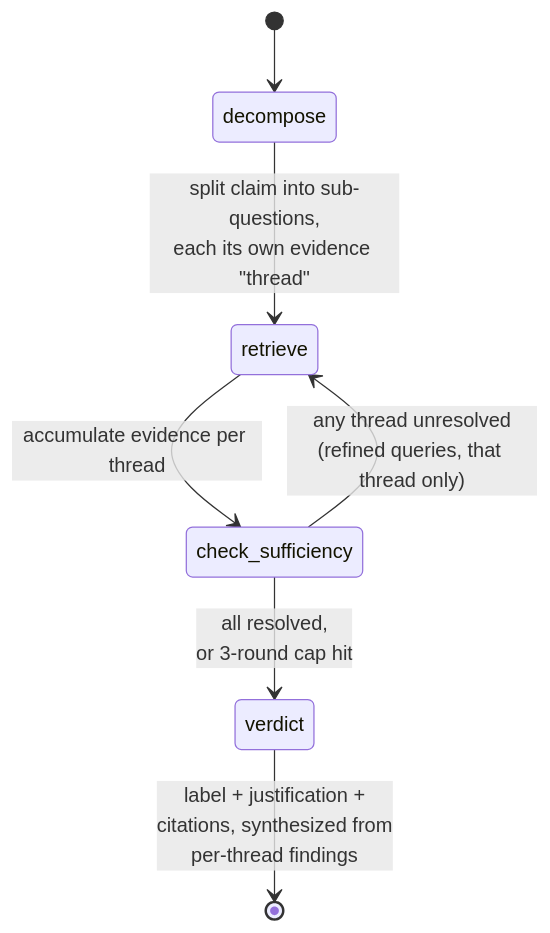
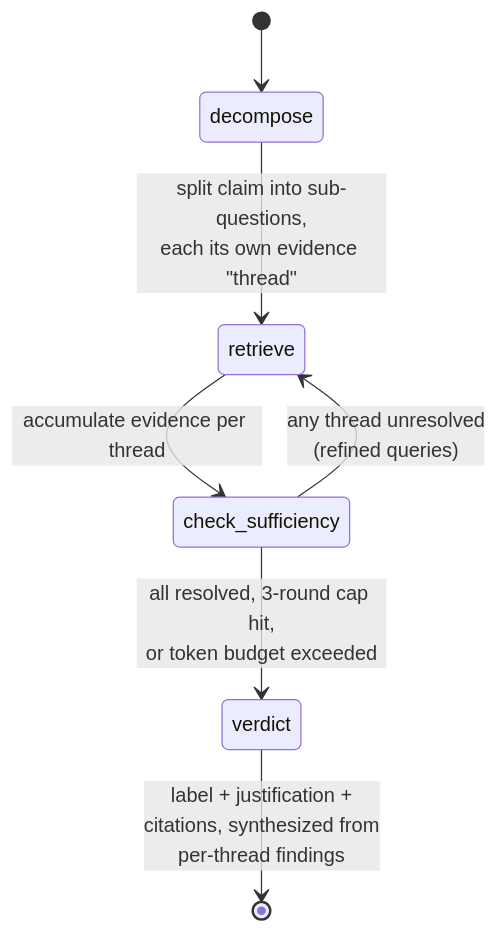
Before and after one commit to zhL-d/agentic-fact-verifier: the second of 2 diagrams in README.md, drawn with Mermaid. The commit also changed other lines of this file, not shown here.

````diff
--- a/README.md
+++ b/README.md
@@ -49,9 +74,9 @@
 ```mermaid
 stateDiagram-v2
     [*] --> decompose
     decompose --> retrieve: split claim into sub-questions,<br/>each its own evidence "thread"
     retrieve --> check_sufficiency: accumulate evidence per thread
-    check_sufficiency --> retrieve: any thread unresolved<br/>(refined queries, that thread only)
-    check_sufficiency --> verdict: all resolved,<br/>or 3-round cap hit
+    check_sufficiency --> retrieve: any thread unresolved<br/>(refined queries)
+    check_sufficiency --> verdict: all resolved, 3-round cap hit,<br/>or token budget exceeded
     verdict --> [*]: label + justification +<br/>citations, synthesized from<br/>per-thread findings
 ```
````
